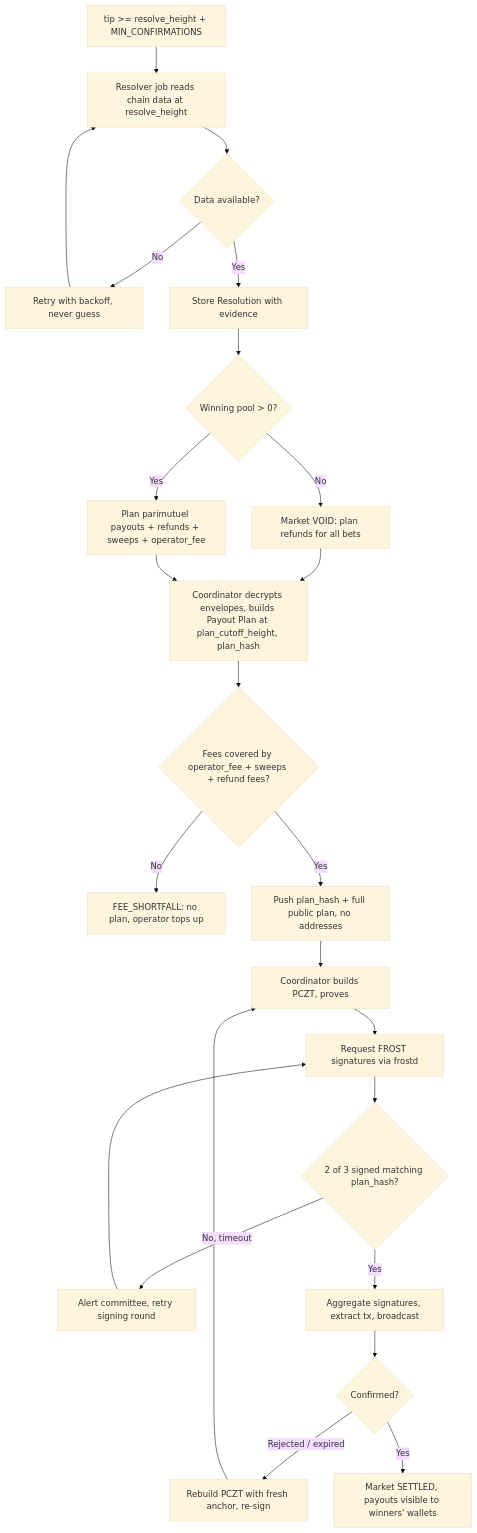
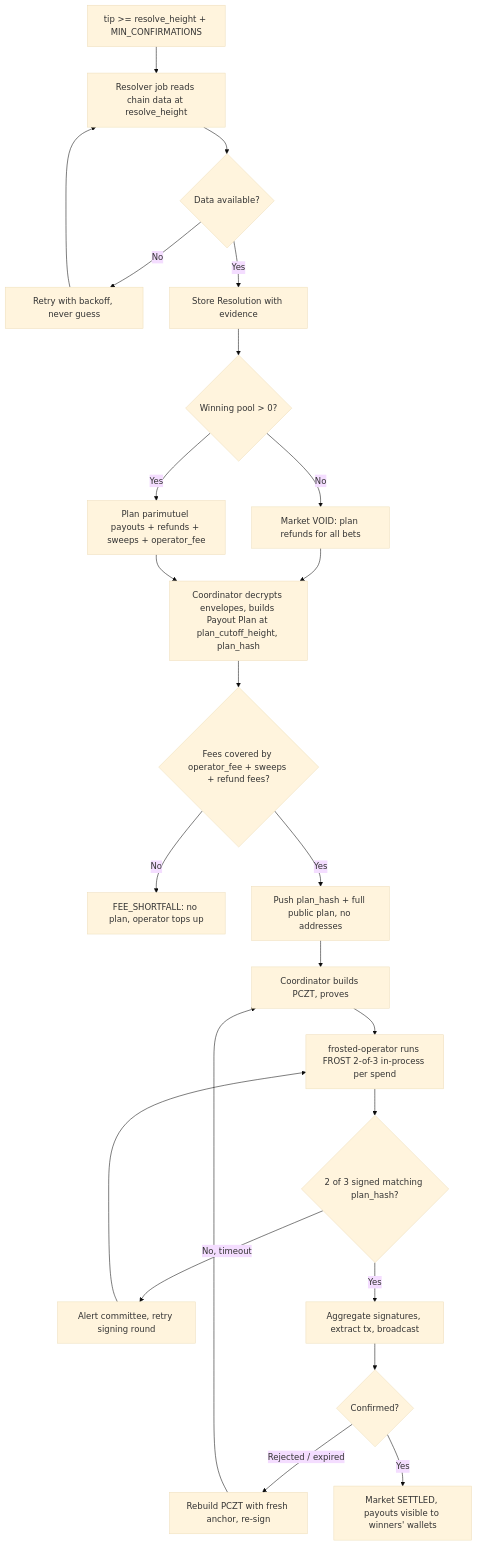
The third of 19 diagrams in docs/PROJECT_SPEC_FROSTED.md (jonathanmaul/frosted), drawn with Mermaid (base theme) before and after one commit. The commit also changed other lines of this file, not shown here.

Commit message:
docs: apply spike results to spec (in-process FROST, proven APIs, crate groups)

````diff
--- a/docs/PROJECT_SPEC_FROSTED.md
+++ b/docs/PROJECT_SPEC_FROSTED.md
@@ -510,26 +510,26 @@
 ```mermaid
 flowchart TD
     A[tip >= resolve_height + MIN_CONFIRMATIONS] --> B[Resolver job reads chain data at resolve_height]
     B --> C{Data available?}
     C -->|No| C1[Retry with backoff, never guess]
     C1 --> B
     C -->|Yes| D[Store Resolution with evidence]
     D --> E{Winning pool > 0?}
     E -->|No| E1[Market VOID: plan refunds for all bets]
     E -->|Yes| F[Plan parimutuel payouts + refunds + sweeps + operator_fee]
     E1 --> G
     F --> G[Coordinator decrypts envelopes, builds Payout Plan at plan_cutoff_height, plan_hash]
     G --> G1{Fees covered by operator_fee + sweeps + refund fees?}
     G1 -->|No| G2[FEE_SHORTFALL: no plan, operator tops up]
     G1 -->|Yes| H[Push plan_hash + full public plan, no addresses]
     H --> I[Coordinator builds PCZT, proves]
-    I --> J[Request FROST signatures via frostd]
+    I --> J[frosted-operator runs FROST 2-of-3 in-process per spend]
     J --> K{2 of 3 signed matching plan_hash?}
     K -->|No, timeout| K1[Alert committee, retry signing round]
     K1 --> J
     K -->|Yes| L[Aggregate signatures, extract tx, broadcast]
     L --> M{Confirmed?}
     M -->|Rejected / expired| M1[Rebuild PCZT with fresh anchor, re-sign]
     M1 --> I
     M -->|Yes| N[Market SETTLED, payouts visible to winners' wallets]
 ```
````
